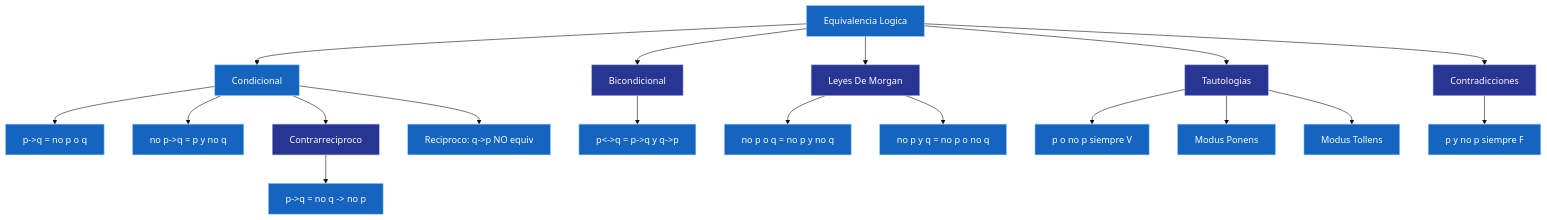
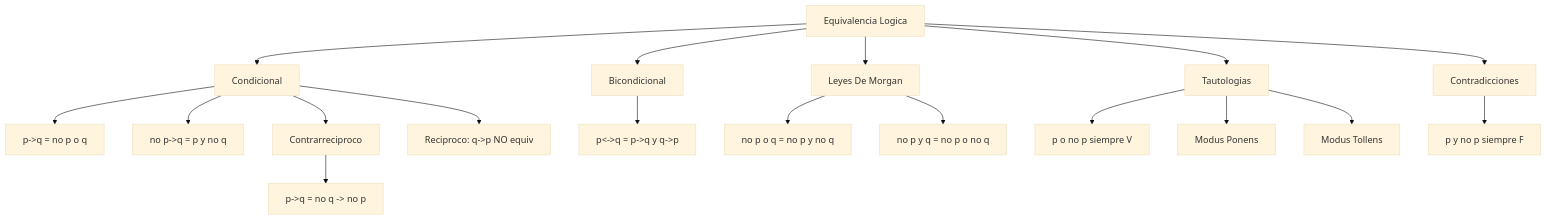
The second of 2 diagrams in src/site/notes/Universidad/3er Semestre/Matemáticas Discretas/Unidad 1 - Logica y Conjuntos/I - Lógica Proporcional/02 - Proposiciones Condicionales y Equivalencia Lógica.md (Fsteven22/Notas-ESPOL), drawn with Mermaid (base theme) before and after one commit. The commit also changed other lines of this file and 179 other files, not shown here.

````diff
--- a/src/site/notes/Universidad/3er Semestre/Matemáticas Discretas/Unidad 1 - Logica y Conjuntos/I - Lógica Proporcional/02 - Proposiciones Condicionales y Equivalencia Lógica.md
+++ b/src/site/notes/Universidad/3er Semestre/Matemáticas Discretas/Unidad 1 - Logica y Conjuntos/I - Lógica Proporcional/02 - Proposiciones Condicionales y Equivalencia Lógica.md
@@ -406,39 +388,21 @@
 ```mermaid
 graph TD
     A["Equivalencia Logica"] --> B["Condicional"]
     A --> C["Bicondicional"]
     A --> D["Leyes De Morgan"]
     A --> E["Tautologias"]
     A --> F["Contradicciones"]
     B --> B1["p->q = no p o q"]
     B --> B2["no p->q = p y no q"]
     B --> B3["Contrarreciproco"]
     B --> B4["Reciproco: q->p NO equiv"]
     B3 --> B31["p->q = no q -> no p"]
     C --> C1["p<->q = p->q y q->p"]
     D --> D1["no p o q = no p y no q"]
     D --> D2["no p y q = no p o no q"]
     E --> E1["p o no p siempre V"]
     E --> E2["Modus Ponens"]
     E --> E3["Modus Tollens"]
     F --> F1["p y no p siempre F"]
-    style A fill:#1565C0,color:#FFFFFF,stroke:#90CAF9,stroke-width:1px
-    style B fill:#1565C0,color:#FFFFFF,stroke:#90CAF9,stroke-width:1px
-    style B1 fill:#1565C0,color:#FFFFFF,stroke:#90CAF9,stroke-width:1px
-    style B2 fill:#1565C0,color:#FFFFFF,stroke:#90CAF9,stroke-width:1px
-    style B3 fill:#283593,color:#FFFFFF,stroke:#9FA8DA,stroke-width:1px
-    style B31 fill:#1565C0,color:#FFFFFF,stroke:#90CAF9,stroke-width:1px
-    style B4 fill:#1565C0,color:#FFFFFF,stroke:#90CAF9,stroke-width:1px
-    style C fill:#283593,color:#FFFFFF,stroke:#9FA8DA,stroke-width:1px
-    style C1 fill:#1565C0,color:#FFFFFF,stroke:#90CAF9,stroke-width:1px
-    style D fill:#283593,color:#FFFFFF,stroke:#9FA8DA,stroke-width:1px
-    style D1 fill:#1565C0,color:#FFFFFF,stroke:#90CAF9,stroke-width:1px
-    style D2 fill:#1565C0,color:#FFFFFF,stroke:#90CAF9,stroke-width:1px
-    style E fill:#283593,color:#FFFFFF,stroke:#9FA8DA,stroke-width:1px
-    style E1 fill:#1565C0,color:#FFFFFF,stroke:#90CAF9,stroke-width:1px
-    style E2 fill:#1565C0,color:#FFFFFF,stroke:#90CAF9,stroke-width:1px
-    style E3 fill:#1565C0,color:#FFFFFF,stroke:#90CAF9,stroke-width:1px
-    style F fill:#283593,color:#FFFFFF,stroke:#9FA8DA,stroke-width:1px
-    style F1 fill:#1565C0,color:#FFFFFF,stroke:#90CAF9,stroke-width:1px
 
 ```
````
